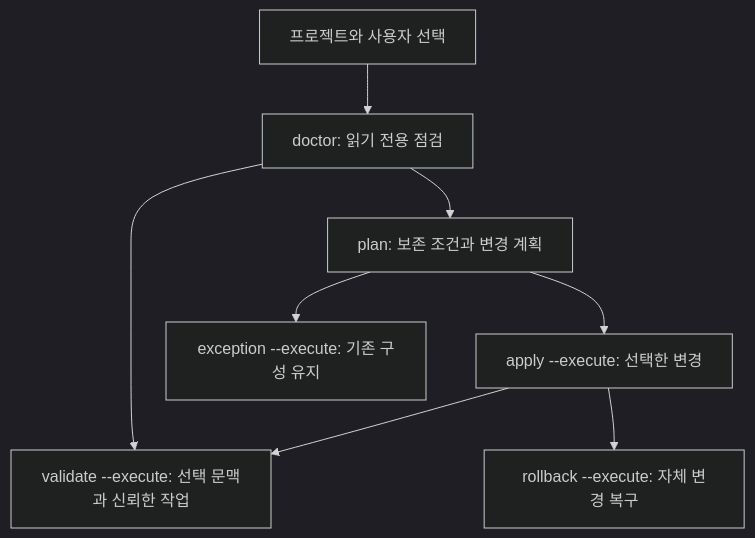
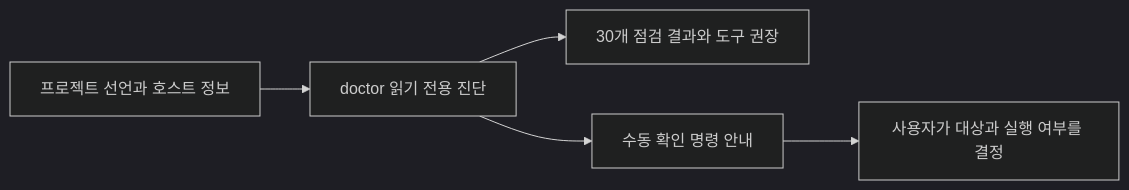
Before and after one commit to tttaliesin/windows-agent-devkit: the diagram in docs/plugin-scope.md, drawn with Mermaid (dark theme). The commit also changed other lines of this file and 58 other files, not shown here.

````diff
--- a/docs/plugin-scope.md
+++ b/docs/plugin-scope.md
@@ -81,10 +54,7 @@
 ```mermaid
-flowchart TB
-    Input["프로젝트와 사용자 선택"] --> Read["doctor: 읽기 전용 점검"]
-    Read --> Plan["plan: 보존 조건과 변경 계획"]
-    Read --> Validate["validate --execute: 선택 문맥과 신뢰한 작업"]
-    Plan --> Apply["apply --execute: 선택한 변경"]
-    Plan --> Keep["exception --execute: 기존 구성 유지"]
-    Apply --> Validate
-    Apply --> Rollback["rollback --execute: 자체 변경 복구"]
+flowchart LR
+    Input["프로젝트 선언과 호스트 정보"] --> Doctor["doctor 읽기 전용 진단"]
+    Doctor --> Report["30개 점검 결과와 도구 권장"]
+    Doctor --> Guidance["수동 확인 명령 안내"]
+    Guidance --> User["사용자가 대상과 실행 여부를 결정"]
 ```
````
